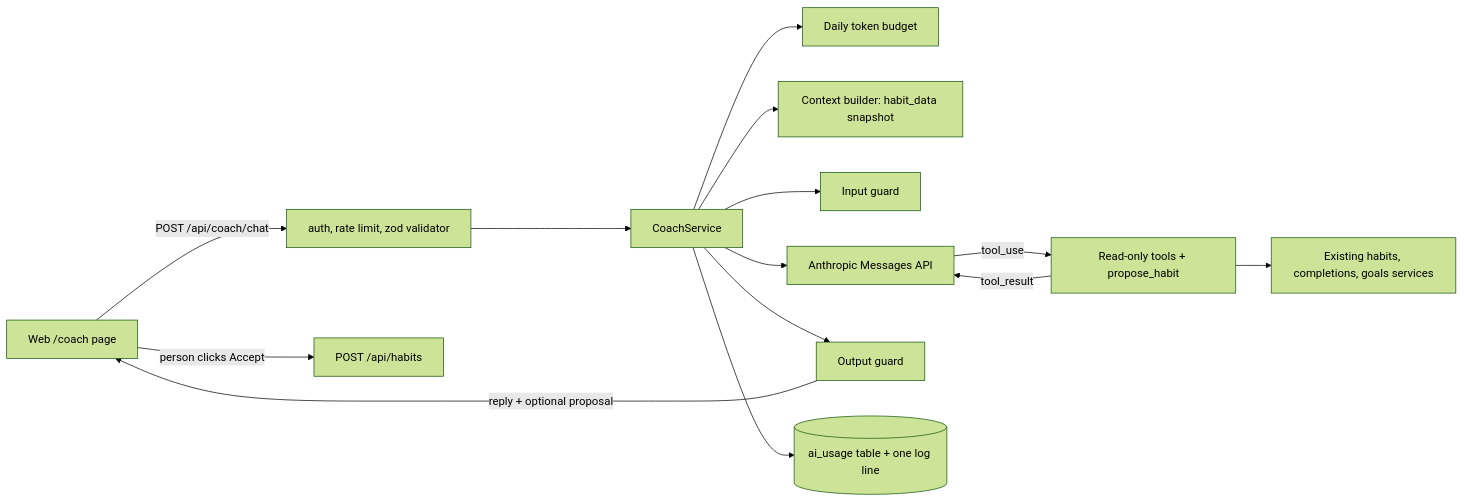
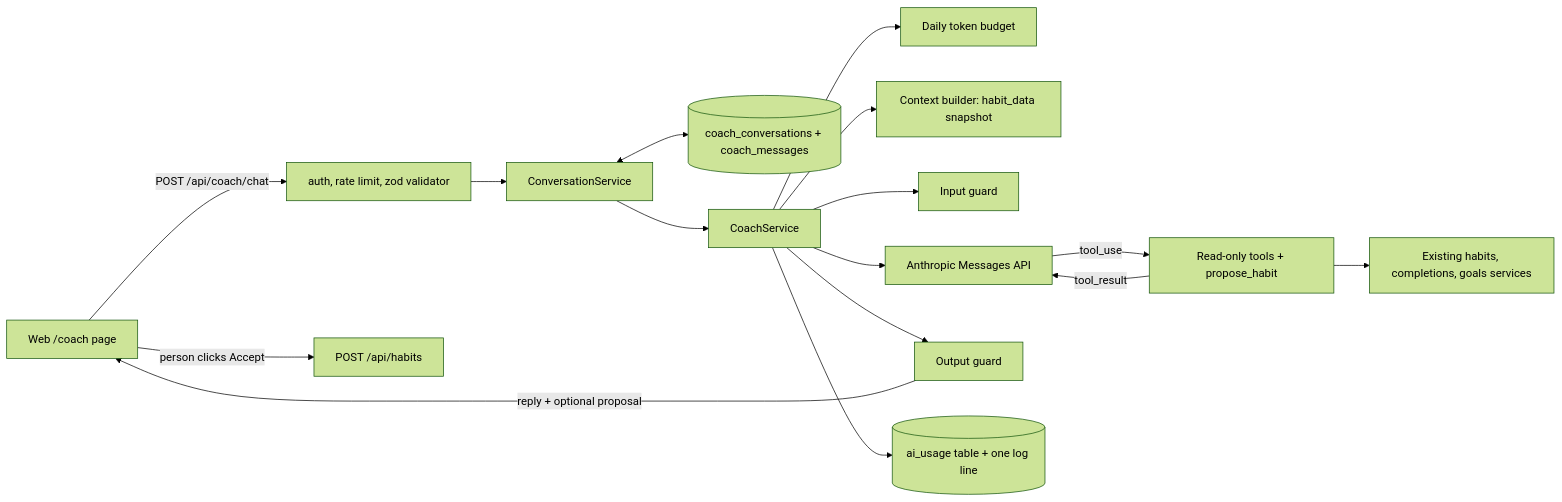
The diagram in docs/AI_COACH.md (AnatoliiLuk/Dashboard-App), drawn with Mermaid (forest theme) before and after one commit. The commit also changed other lines of this file and 35 other files, not shown here.

Commit message:
feat(coach): implement conversation storage and retrieval

````diff
--- a/docs/AI_COACH.md
+++ b/docs/AI_COACH.md
@@ -13,16 +15,18 @@
 ```mermaid
 flowchart LR
   web[Web /coach page] -->|"POST /api/coach/chat"| route[auth, rate limit, zod validator]
-  route --> service[CoachService]
+  route --> conversation[ConversationService]
+  conversation <--> history[(coach_conversations + coach_messages)]
+  conversation --> service[CoachService]
   service --> budget[Daily token budget]
   service --> context[Context builder: habit_data snapshot]
   service --> guardIn[Input guard]
   service --> model[Anthropic Messages API]
   model -->|"tool_use"| tools[Read-only tools + propose_habit]
   tools --> services[Existing habits, completions, goals services]
   tools -->|"tool_result"| model
   service --> guardOut[Output guard]
   service --> usage[(ai_usage table + one log line)]
   guardOut -->|"reply + optional proposal"| web
   web -->|"person clicks Accept"| habits["POST /api/habits"]
 ```
````
